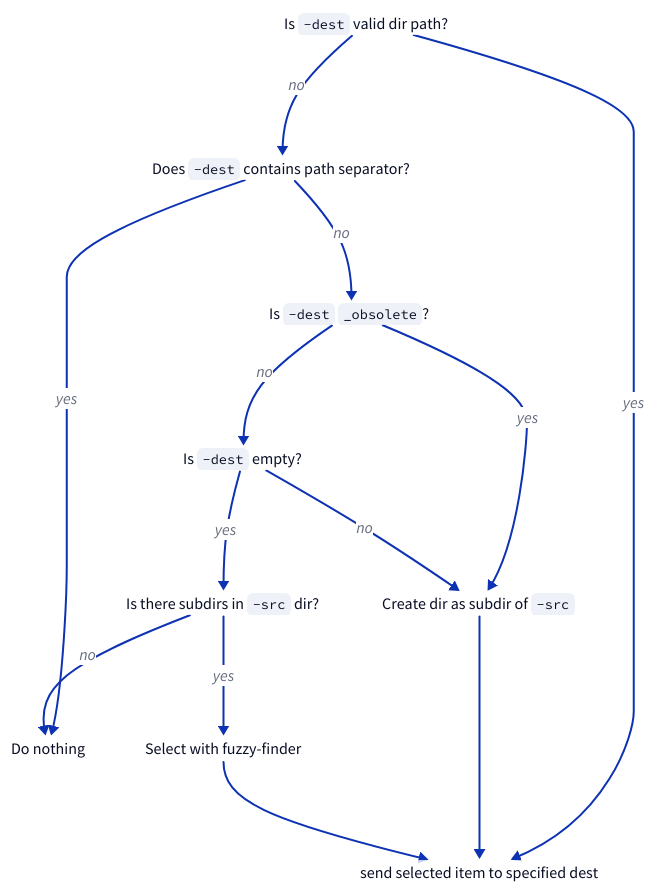
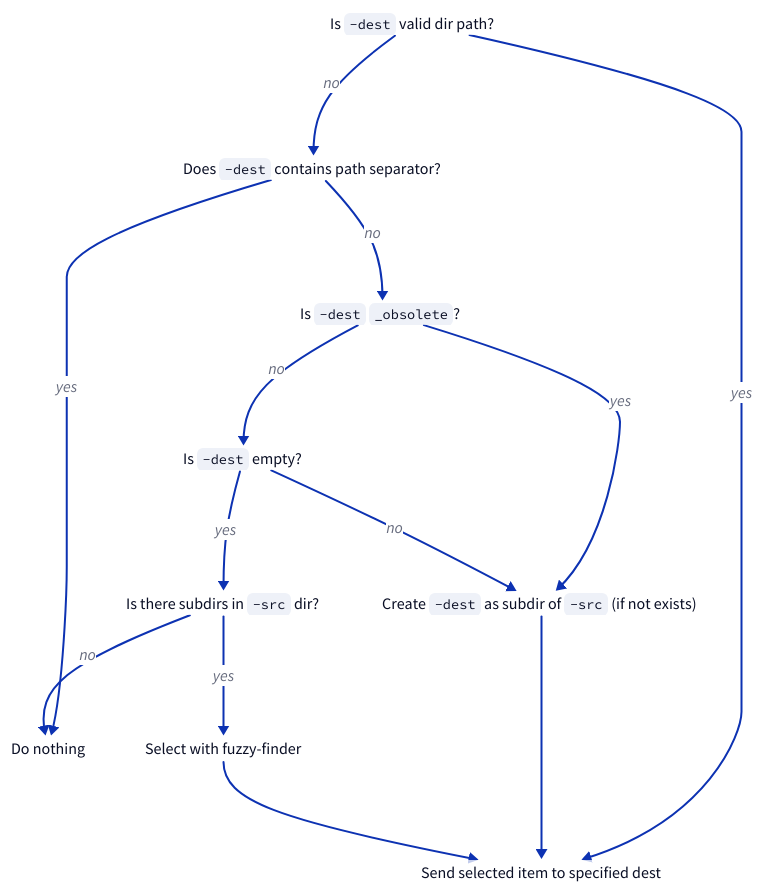
Before and after one commit to AWtnb/tablacus-fz-send: the diagram in diagram/diagram.d2, drawn with D2. The commit also changed 3 other files, not shown here.

```diff
--- a/diagram/diagram.d2
+++ b/diagram/diagram.d2
@@ -1,49 +1,49 @@
 isDestExists: |md
     Is `-dest` valid dir path?
 |
 
 doesDestContainsPathSep: |md
     Does `-dest` contains path separator?
 |
 
 isDisposal: |md
     Is `-dest` `_obsolete`?
 |
 
 isBlank: |md
     Is `-dest` empty?
 |
 
 makeIfNot: |md
-    Create dir as subdir of `-src`
+    Create `-dest` as subdir of `-src` (if not exists)
 |
 
 hasSubDir: |md
     Is there subdirs in `-src` dir?
 |
 
 end: |md
     Do nothing
 |
 
 select: |md
     Select with fuzzy-finder
 |
 
 send: |md
-    send selected item to specified dest
+    Send selected item to specified dest
 |
 
 
 isDestExists -> send: yes
 isDestExists -> doesDestContainsPathSep: no
 doesDestContainsPathSep -> end: yes
 doesDestContainsPathSep -> isDisposal: no
 isDisposal -> makeIfNot: yes
 makeIfNot -> send
 isDisposal -> isBlank: no
 isBlank -> hasSubDir: yes
 isBlank -> makeIfNot: no
 hasSubDir -> select: yes
 select -> send
 hasSubDir -> end: no
```
